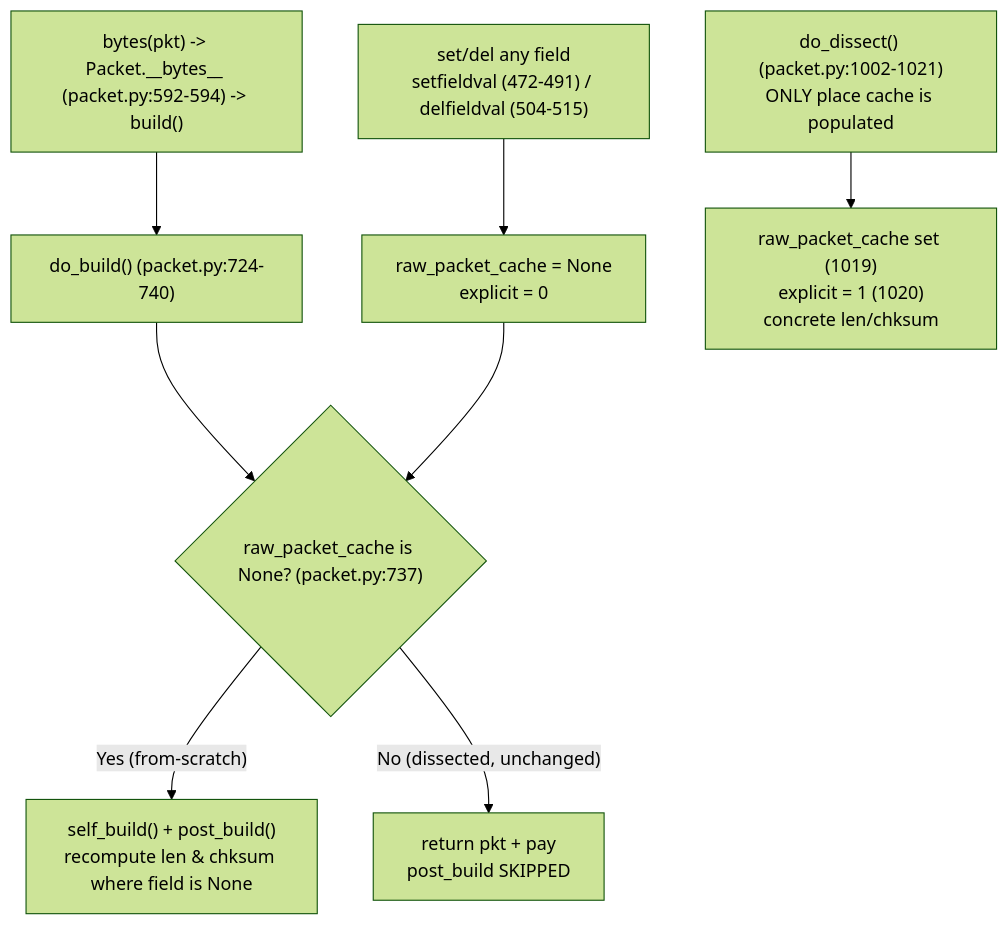
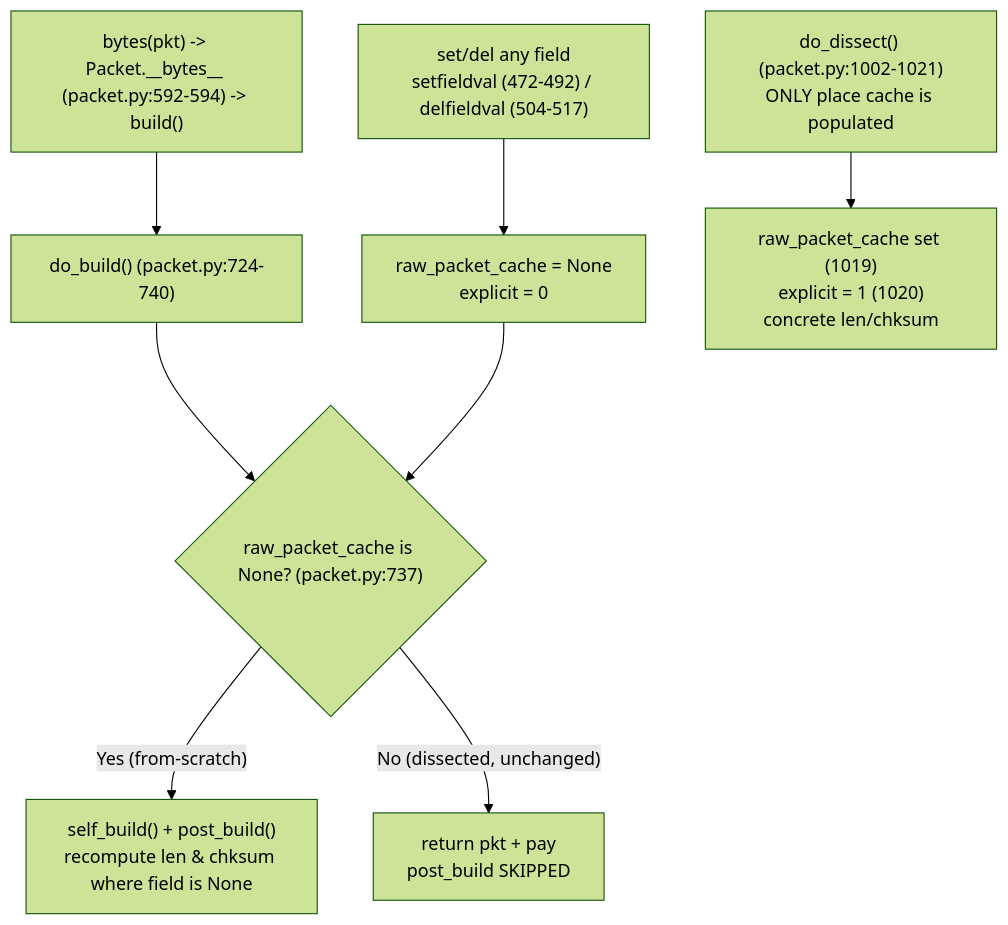
One commit to blitzy-research/scapy changed the diagram in blitzy/documentation/scapy_0925ada48540.md. Above: the diagram before and after it, drawn with Mermaid (forest theme). The commit also changed other lines of this file, not shown here.

First line of the commit message:
docs: correct setfieldval/delfieldval citation ranges (472-492, 504-517)

````diff
--- a/blitzy/documentation/scapy_0925ada48540.md
+++ b/blitzy/documentation/scapy_0925ada48540.md
@@ -212,10 +212,10 @@
 ```mermaid
 graph TD
     A["bytes(pkt) -> Packet.__bytes__ (packet.py:592-594) -> build()"] --> B["do_build() (packet.py:724-740)"]
     B --> C{"raw_packet_cache is None? (packet.py:737)"}
     C -->|"Yes (from-scratch)"| D["self_build() + post_build()<br/>recompute len & chksum where field is None"]
     C -->|"No (dissected, unchanged)"| E["return pkt + pay<br/>post_build SKIPPED"]
-    F["set/del any field<br/>setfieldval (472-491) / delfieldval (504-515)"] --> G["raw_packet_cache = None<br/>explicit = 0"]
+    F["set/del any field<br/>setfieldval (472-492) / delfieldval (504-517)"] --> G["raw_packet_cache = None<br/>explicit = 0"]
     G --> C
     H["do_dissect() (packet.py:1002-1021)<br/>ONLY place cache is populated"] --> I["raw_packet_cache set (1019)<br/>explicit = 1 (1020)<br/>concrete len/chksum"]
 ```
````
